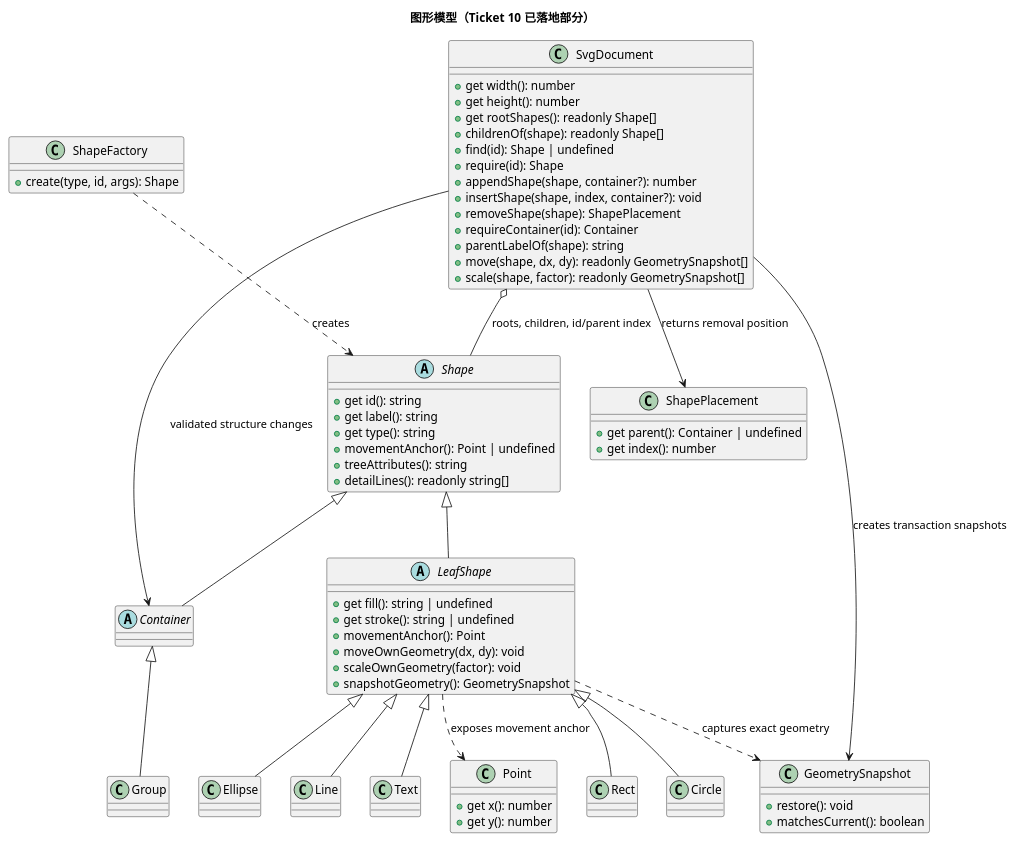
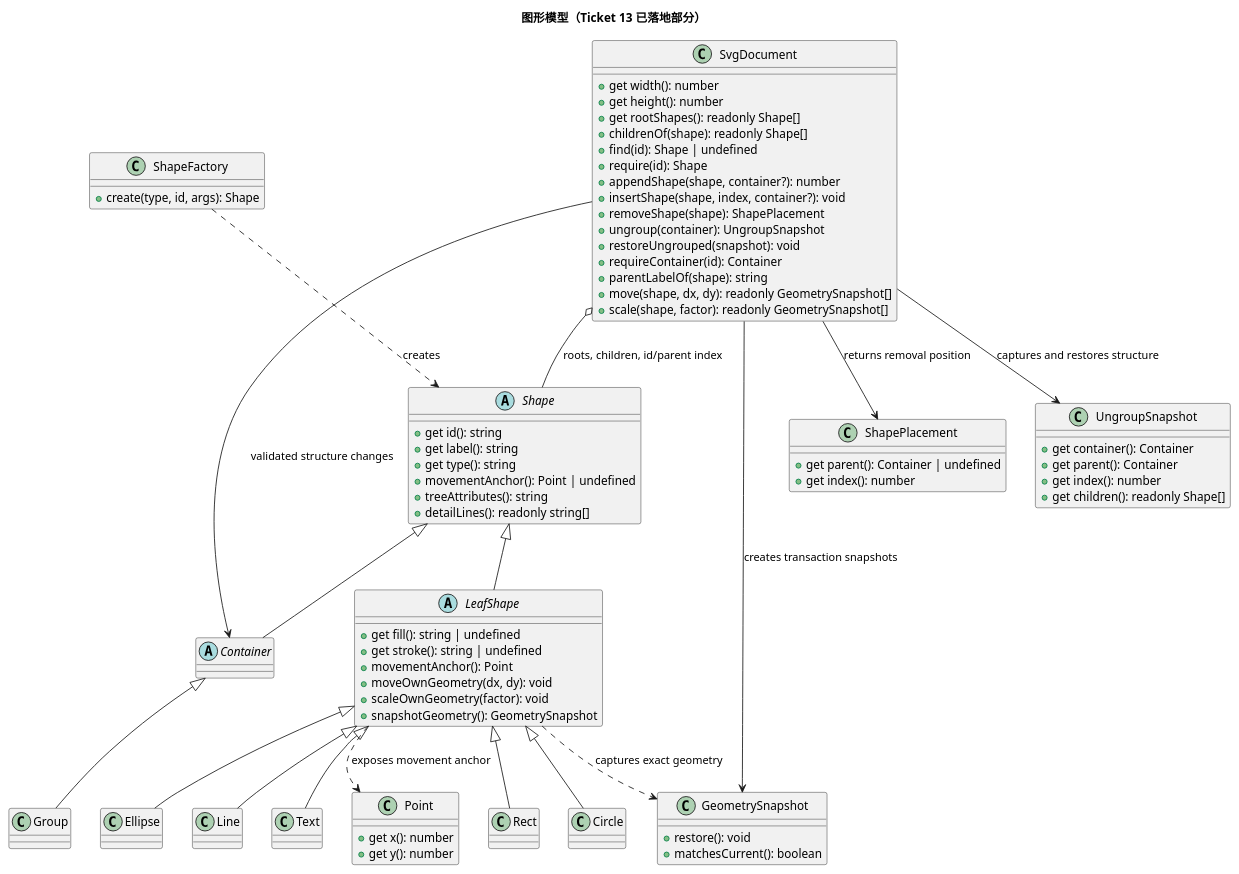
Before and after one commit to NQC233/svg-editor-lab1: the first of 2 diagrams in doc/class-model.puml, drawn with PlantUML. The commit also changed other lines of this file and 5 other files, not shown here.

Commit message:
docs: record ticket 13 ungroup behavior

```diff
--- a/doc/class-model.puml
+++ b/doc/class-model.puml
@@ -1,80 +1,90 @@
 @startuml
-title 图形模型（Ticket 10 已落地部分）
+title 图形模型（Ticket 13 已落地部分）
 
 abstract class Shape {
   +get id(): string
   +get label(): string
   +get type(): string
   +movementAnchor(): Point | undefined
   +treeAttributes(): string
   +detailLines(): readonly string[]
 }
 
 abstract class LeafShape {
   +get fill(): string | undefined
   +get stroke(): string | undefined
   +movementAnchor(): Point
   +moveOwnGeometry(dx, dy): void
   +scaleOwnGeometry(factor): void
   +snapshotGeometry(): GeometrySnapshot
 }
 
 abstract class Container
 
 class Group
 class Rect
 class Circle
 class Ellipse
 class Line
 class Text
 class GeometrySnapshot {
   +restore(): void
   +matchesCurrent(): boolean
 }
 
 class Point {
   +get x(): number
   +get y(): number
 }
 
 class ShapePlacement {
   +get parent(): Container | undefined
   +get index(): number
 }
 
+class UngroupSnapshot {
+  +get container(): Container
+  +get parent(): Container
+  +get index(): number
+  +get children(): readonly Shape[]
+}
+
 class SvgDocument {
   +get width(): number
   +get height(): number
   +get rootShapes(): readonly Shape[]
   +childrenOf(shape): readonly Shape[]
   +find(id): Shape | undefined
   +require(id): Shape
   +appendShape(shape, container?): number
   +insertShape(shape, index, container?): void
   +removeShape(shape): ShapePlacement
+  +ungroup(container): UngroupSnapshot
+  +restoreUngrouped(snapshot): void
   +requireContainer(id): Container
   +parentLabelOf(shape): string
   +move(shape, dx, dy): readonly GeometrySnapshot[]
   +scale(shape, factor): readonly GeometrySnapshot[]
 }
 
 class ShapeFactory {
   +create(type, id, args): Shape
 }
 
 Shape <|-- LeafShape
 Shape <|-- Container
 Container <|-- Group
 LeafShape <|-- Rect
 LeafShape <|-- Circle
 LeafShape <|-- Ellipse
 LeafShape <|-- Line
 LeafShape <|-- Text
 SvgDocument o-- Shape : roots, children, id/parent index
 SvgDocument --> Container : validated structure changes
 SvgDocument --> GeometrySnapshot : creates transaction snapshots
 SvgDocument --> ShapePlacement : returns removal position
+SvgDocument --> UngroupSnapshot : captures and restores structure
 LeafShape ..> GeometrySnapshot : captures exact geometry
 LeafShape ..> Point : exposes movement anchor
 ShapeFactory ..> Shape : creates
 @enduml
```
